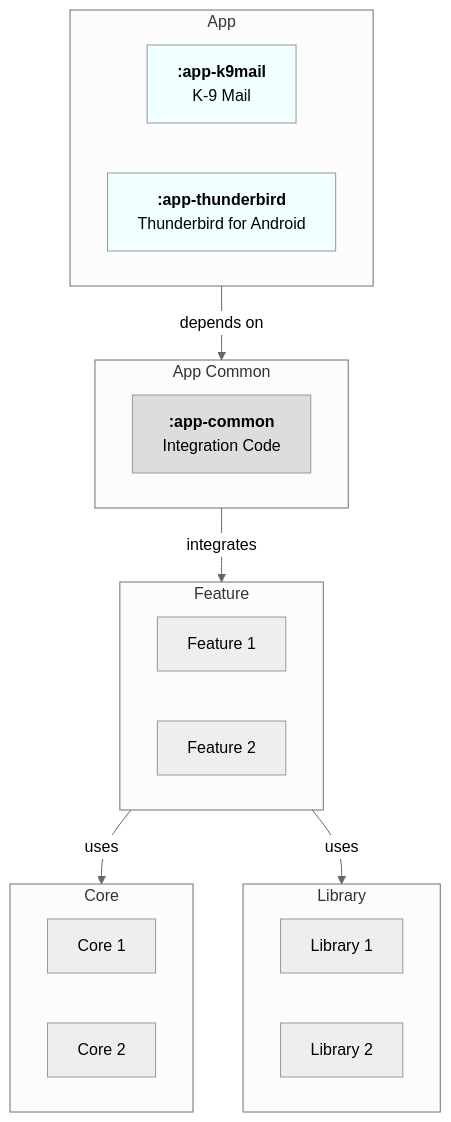
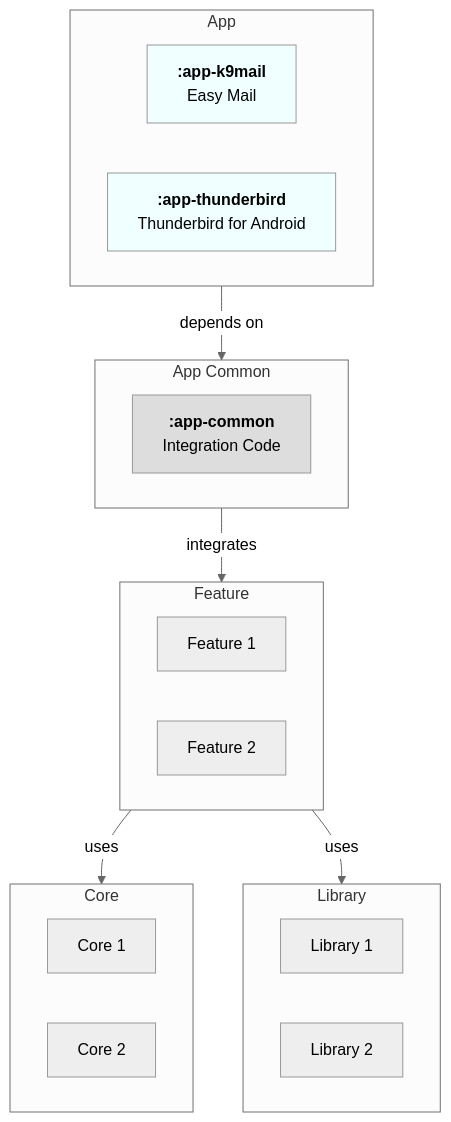
One commit to NamTran99/NewSwiftMail changed the first of 2 diagrams in docs/architecture/adr/0007-project-structure.md. Above: the diagram before and after it, drawn with Mermaid (neutral theme). The commit also changed other lines of this file and 259 other files, not shown here.

````diff
--- a/docs/architecture/adr/0007-project-structure.md
+++ b/docs/architecture/adr/0007-project-structure.md
@@ -38,47 +38,47 @@
 ```mermaid
 graph TD
     subgraph APP[App]
         APP_K9["`
             **:app-k9mail**
-            K-9 Mail
+            Easy Mail
         `"]
         APP_TB["`
             **:app-thunderbird**
             Thunderbird for Android
         `"]
     end
 
     subgraph COMMON[App Common]
         APP_COMMON["`
             **:app-common**
             Integration Code
         `"]
     end
 
     subgraph FEATURE[Feature]
         FEATURE1[Feature 1]
         FEATURE2[Feature 2]
     end
 
     subgraph CORE[Core]
         CORE1[Core 1]
         CORE2[Core 2]
     end
 
     subgraph LIBRARY[Library]
         LIB1[Library 1]
         LIB2[Library 2]
     end
 
     APP --> |depends on| COMMON
     COMMON --> |integrates| FEATURE
     FEATURE --> |uses| CORE
     FEATURE --> |uses| LIBRARY
 
     classDef module fill:yellow
     classDef app fill:azure
     classDef app_common fill:#ddd
     class APP_K9 app
     class APP_TB app
     class APP_COMMON app_common
 ```
````
